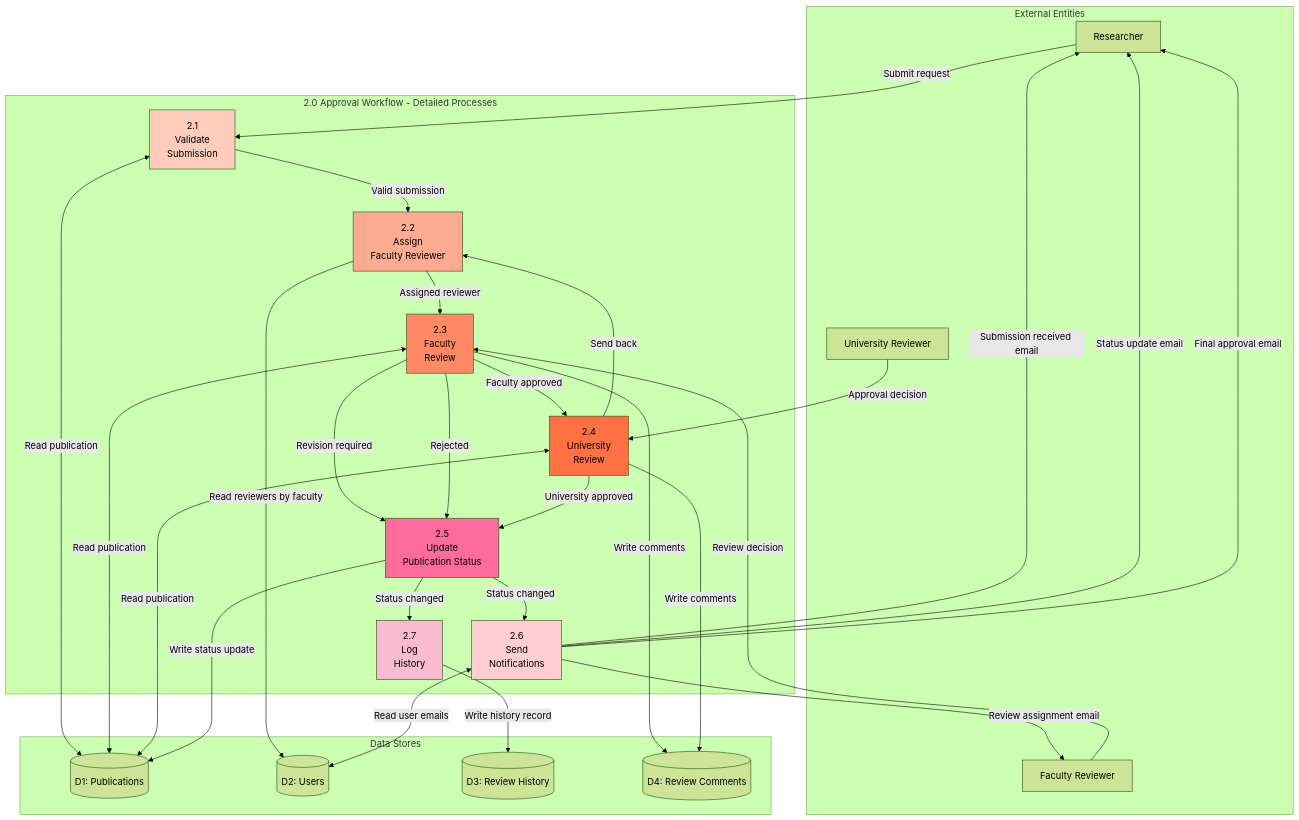
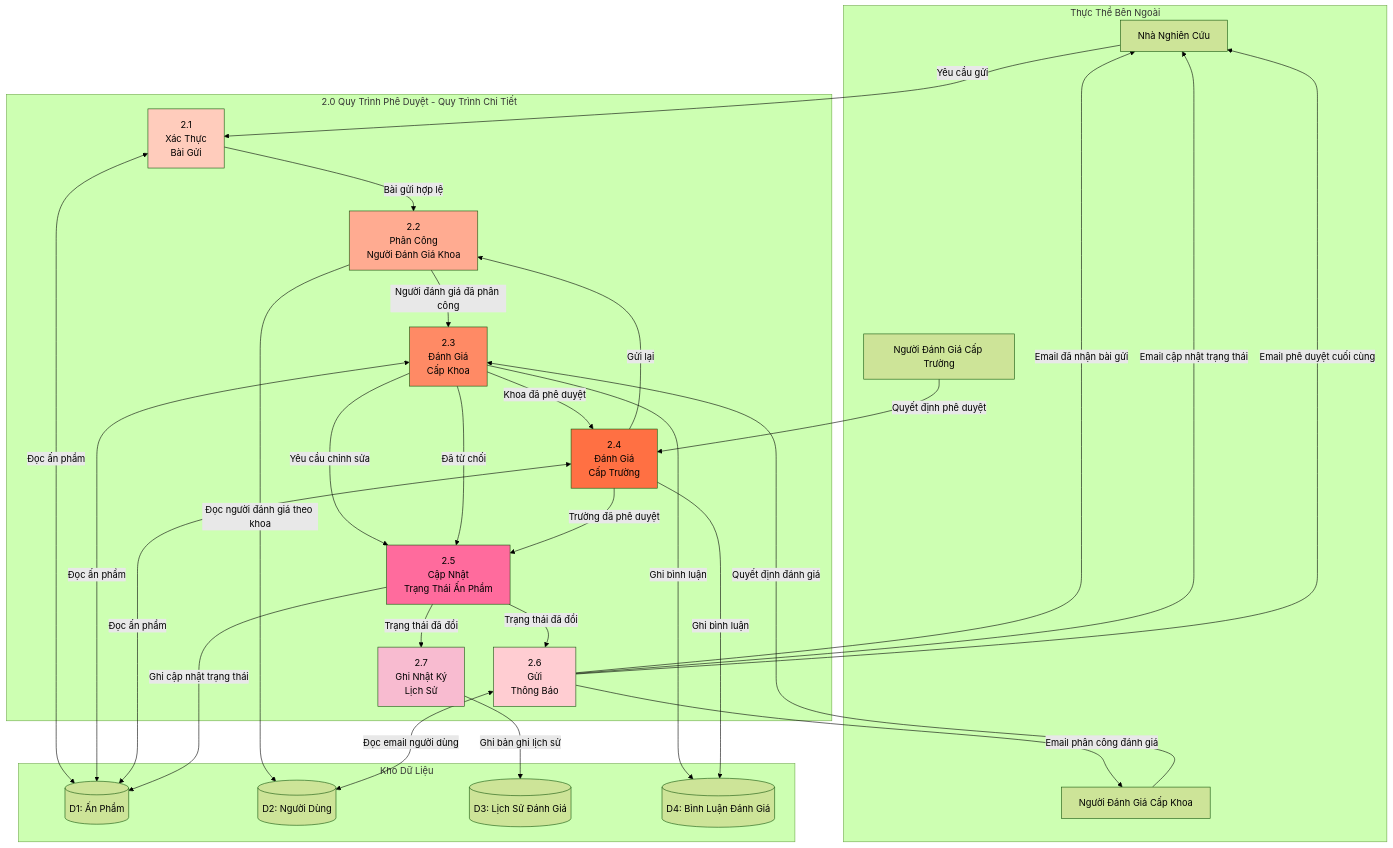
Before and after one commit to Ng0cTh4nhk5/ufpms-docs: the first of 2 diagrams in docs/06_Diagrams/DataFlow/dfd_level_2_approval.md, drawn with Mermaid (forest theme). The commit also changed other lines of this file and 70 other files, not shown here.

````diff
--- a/docs/06_Diagrams/DataFlow/dfd_level_2_approval.md
+++ b/docs/06_Diagrams/DataFlow/dfd_level_2_approval.md
@@ -11,66 +11,66 @@
 ```mermaid
 flowchart TD
-    subgraph External["External Entities"]
-        RES[Researcher]
-        FCR[Faculty Reviewer]
-        UNR[University Reviewer]
+    subgraph External["Thực Thể Bên Ngoài"]
+        RES[Nhà Nghiên Cứu]
+        FCR[Người Đánh Giá Cấp Khoa]
+        UNR[Người Đánh Giá Cấp Trường]
     end
     
-    subgraph Level_2_Processes["2.0 Approval Workflow - Detailed Processes"]
-        P21["2.1<br/>Validate<br/>Submission"]
-        P22["2.2<br/>Assign<br/>Faculty Reviewer"]
-        P23["2.3<br/>Faculty<br/>Review"]
-        P24["2.4<br/>University<br/>Review"]
-        P25["2.5<br/>Update<br/>Publication Status"]
-        P26["2.6<br/>Send<br/>Notifications"]
-        P27["2.7<br/>Log<br/>History"]
+    subgraph Level_2_Processes["2.0 Quy Trình Phê Duyệt - Quy Trình Chi Tiết"]
+        P21["2.1<br/>Xác Thực<br/>Bài Gửi"]
+        P22["2.2<br/>Phân Công<br/>Người Đánh Giá Khoa"]
+        P23["2.3<br/>Đánh Giá<br/>Cấp Khoa"]
+        P24["2.4<br/>Đánh Giá<br/>Cấp Trường"]
+        P25["2.5<br/>Cập Nhật<br/>Trạng Thái Ấn Phẩm"]
+        P26["2.6<br/>Gửi<br/>Thông Báo"]
+        P27["2.7<br/>Ghi Nhật Ký<br/>Lịch Sử"]
     end
     
-    subgraph DataStores["Data Stores"]
-        D1[(D1: Publications)]
-        D2[(D2: Users)]
-        D3[(D3: Review History)]
-        D4[(D4: Review Comments)]
+    subgraph DataStores["Kho Dữ Liệu"]
+        D1[(D1: Ấn Phẩm)]
+        D2[(D2: Người Dùng)]
+        D3[(D3: Lịch Sử Đánh Giá)]
+        D4[(D4: Bình Luận Đánh Giá)]
     end
     
-    %% External to Process flows
-    RES -->|Submit request| P21
-    FCR -->|Review decision| P23
-    UNR -->|Approval decision| P24
+    %% Luồng từ Bên ngoài đến Quy trình
+    RES -->|Yêu cầu gửi| P21
+    FCR -->|Quyết định đánh giá| P23
+    UNR -->|Quyết định phê duyệt| P24
     
-    %% Process to External flows
-    P26 -->|Submission received email| RES
-    P26 -->|Review assignment email| FCR
-    P26 -->|Status update email| RES
-    P26 -->|Final approval email| RES
+    %% Luồng từ Quy trình đến Bên ngoài
+    P26 -->|Email đã nhận bài gửi| RES
+    P26 -->|Email phân công đánh giá| FCR
+    P26 -->|Email cập nhật trạng thái| RES
+    P26 -->|Email phê duyệt cuối cùng| RES
     
-    %% Process to Data Store flows
-    P21 <-->|Read publication| D1
-    P22 -->|Read reviewers by faculty| D2
-    P23 <-->|Read publication| D1
-    P24 <-->|Read publication| D1
-    P25 -->|Write status update| D1
-    P26 <-->|Read user emails| D2
-    P27 -->|Write history record| D3
-    P23 -->|Write comments| D4
-    P24 -->|Write comments| D4
+    %% Luồng từ Quy trình đến Kho Dữ liệu
+    P21 <-->|Đọc ấn phẩm| D1
+    P22 -->|Đọc người đánh giá theo khoa| D2
+    P23 <-->|Đọc ấn phẩm| D1
+    P24 <-->|Đọc ấn phẩm| D1
+    P25 -->|Ghi cập nhật trạng thái| D1
+    P26 <-->|Đọc email người dùng| D2
+    P27 -->|Ghi bản ghi lịch sử| D3
+    P23 -->|Ghi bình luận| D4
+    P24 -->|Ghi bình luận| D4
     
-    %% Inter-process flows
-    P21 -->|Valid submission| P22
-    P22 -->|Assigned reviewer| P23
-    P23 -->|Faculty approved| P24
-    P23 -->|Revision required| P25
-    P23 -->|Rejected| P25
-    P24 -->|University approved| P25
-    P24 -->|Send back| P22
-    P25 -->|Status changed| P26
-    P25 -->|Status changed| P27
+    %% Luồng giữa các Quy trình
+    P21 -->|Bài gửi hợp lệ| P22
+    P22 -->|Người đánh giá đã phân công| P23
+    P23 -->|Khoa đã phê duyệt| P24
+    P23 -->|Yêu cầu chỉnh sửa| P25
+    P23 -->|Đã từ chối| P25
+    P24 -->|Trường đã phê duyệt| P25
+    P24 -->|Gửi lại| P22
+    P25 -->|Trạng thái đã đổi| P26
+    P25 -->|Trạng thái đã đổi| P27
     
     style P21 fill:#ffccbc
     style P22 fill:#ffab91
     style P23 fill:#ff8a65
     style P24 fill:#ff7043
     style P25 fill:#ff6b9d
     style P26 fill:#ffcdd2
     style P27 fill:#f8bbd0
 ```
````
